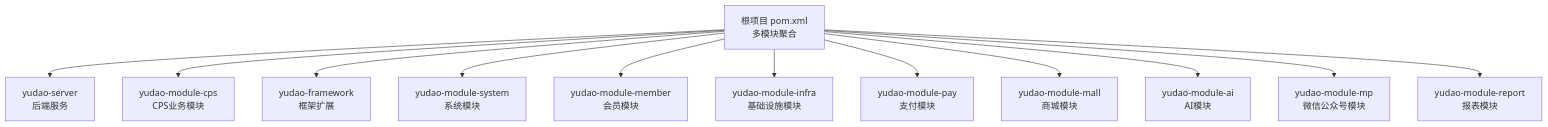
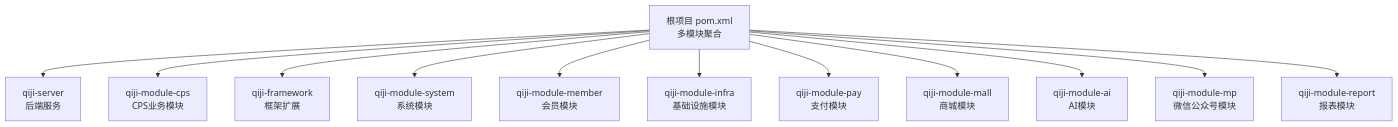
The first of 6 diagrams in backend/.qoder/repowiki/zh/content/快速开始.md (zhuangpengLI/AgenticCPS), drawn with Mermaid before and after one commit. The commit also changed other lines of this file and 3489 other files, not shown here.

````diff
--- a/backend/.qoder/repowiki/zh/content/快速开始.md
+++ b/backend/.qoder/repowiki/zh/content/快速开始.md
@@ -37,14 +37,14 @@
 ```mermaid
 graph TB
-A["根项目 pom.xml<br/>多模块聚合"] --> B["yudao-server<br/>后端服务"]
-A --> C["yudao-module-cps<br/>CPS业务模块"]
-A --> D["yudao-framework<br/>框架扩展"]
-A --> E["yudao-module-system<br/>系统模块"]
-A --> F["yudao-module-member<br/>会员模块"]
-A --> G["yudao-module-infra<br/>基础设施模块"]
-A --> H["yudao-module-pay<br/>支付模块"]
-A --> I["yudao-module-mall<br/>商城模块"]
-A --> J["yudao-module-ai<br/>AI模块"]
-A --> K["yudao-module-mp<br/>微信公众号模块"]
-A --> L["yudao-module-report<br/>报表模块"]
+A["根项目 pom.xml<br/>多模块聚合"] --> B["qiji-server<br/>后端服务"]
+A --> C["qiji-module-cps<br/>CPS业务模块"]
+A --> D["qiji-framework<br/>框架扩展"]
+A --> E["qiji-module-system<br/>系统模块"]
+A --> F["qiji-module-member<br/>会员模块"]
+A --> G["qiji-module-infra<br/>基础设施模块"]
+A --> H["qiji-module-pay<br/>支付模块"]
+A --> I["qiji-module-mall<br/>商城模块"]
+A --> J["qiji-module-ai<br/>AI模块"]
+A --> K["qiji-module-mp<br/>微信公众号模块"]
+A --> L["qiji-module-report<br/>报表模块"]
 ```
````
